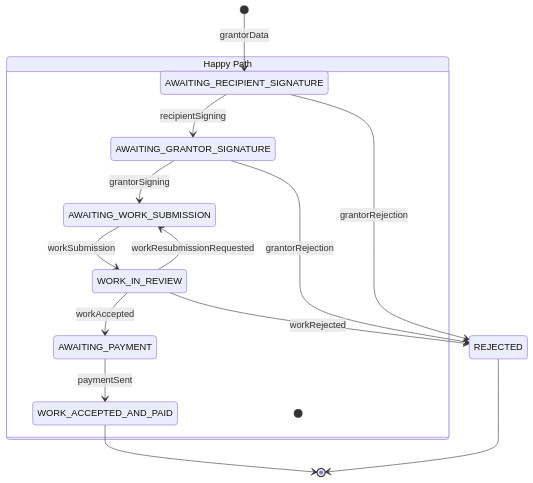
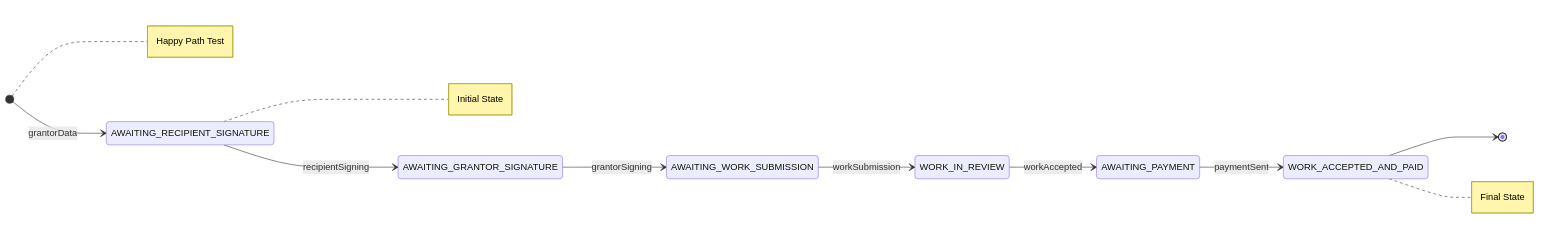
Before and after one commit to Consensys-Network-State/signet-execution-prototype: the first of 5 diagrams in lua-actor/src/dfsm-with-tx.md, drawn with Mermaid. The commit also changed other lines of this file, not shown here.

Commit message:
Trying new syntax for mermaid

````diff
--- a/lua-actor/src/dfsm-with-tx.md
+++ b/lua-actor/src/dfsm-with-tx.md
@@ -4,32 +4,15 @@
 ```mermaid
 stateDiagram-v2
-    state "Happy Path" as happyPath
+    direction LR
     [*] --> AWAITING_RECIPIENT_SIGNATURE: grantorData
+    AWAITING_RECIPIENT_SIGNATURE --> AWAITING_GRANTOR_SIGNATURE: recipientSigning
+    AWAITING_GRANTOR_SIGNATURE --> AWAITING_WORK_SUBMISSION: grantorSigning
+    AWAITING_WORK_SUBMISSION --> WORK_IN_REVIEW: workSubmission
+    WORK_IN_REVIEW --> AWAITING_PAYMENT: workAccepted
+    AWAITING_PAYMENT --> WORK_ACCEPTED_AND_PAID: paymentSent
+    WORK_ACCEPTED_AND_PAID --> [*]
     
-    AWAITING_RECIPIENT_SIGNATURE --> AWAITING_GRANTOR_SIGNATURE: recipientSigning
-    AWAITING_RECIPIENT_SIGNATURE --> REJECTED: grantorRejection
-    
-    AWAITING_GRANTOR_SIGNATURE --> AWAITING_WORK_SUBMISSION: grantorSigning
-    AWAITING_GRANTOR_SIGNATURE --> REJECTED: grantorRejection
-    
-    AWAITING_WORK_SUBMISSION --> WORK_IN_REVIEW: workSubmission
-    
-    WORK_IN_REVIEW --> AWAITING_WORK_SUBMISSION: workResubmissionRequested
-    WORK_IN_REVIEW --> AWAITING_PAYMENT: workAccepted
-    WORK_IN_REVIEW --> REJECTED: workRejected
-    
-    AWAITING_PAYMENT --> WORK_ACCEPTED_AND_PAID: paymentSent
-    
-    WORK_ACCEPTED_AND_PAID --> [*]
-    REJECTED --> [*]
-
-    state happyPath {
-        [*]
-        AWAITING_RECIPIENT_SIGNATURE
-        AWAITING_GRANTOR_SIGNATURE
-        AWAITING_WORK_SUBMISSION
-        WORK_IN_REVIEW
-        AWAITING_PAYMENT
-        WORK_ACCEPTED_AND_PAID
-    }
+    note right of [*]: Happy Path Test
+    note right of AWAITING_RECIPIENT_SIGNATURE: Initial State
+    note right of WORK_ACCEPTED_AND_PAID: Final State
 ```
````
